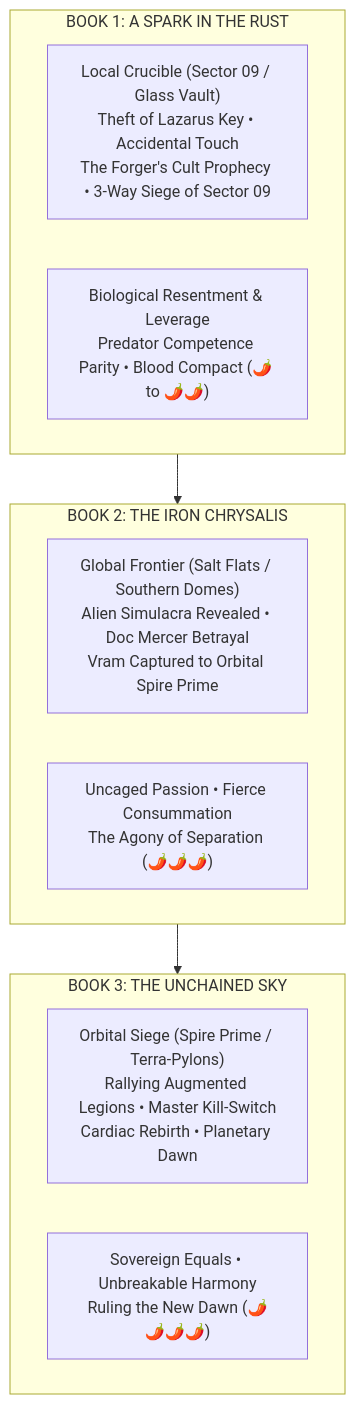
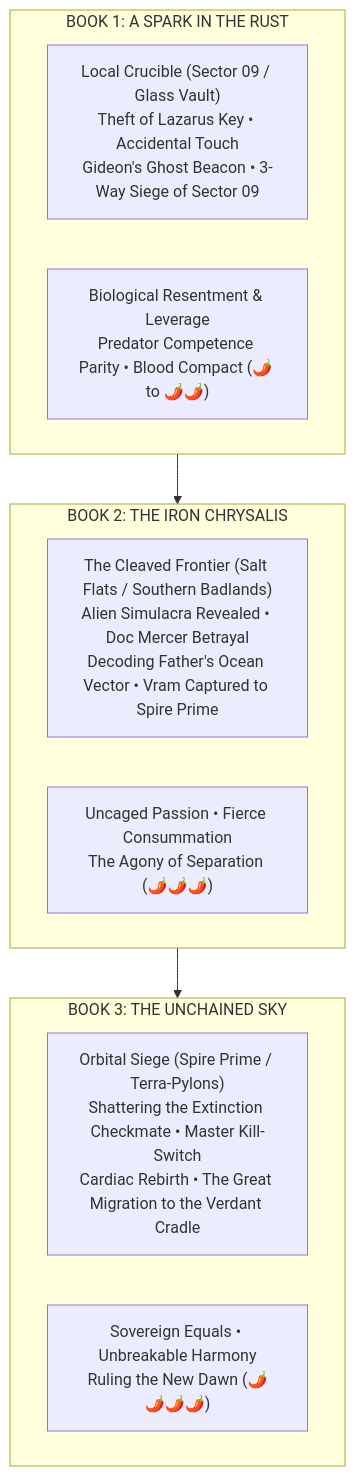
The diagram in 05_plot/trilogy_overview.md (ajuandiego/arkun), drawn with Mermaid before and after one commit. The commit also changed other lines of this file and 25 other files, not shown here.

````diff
--- a/05_plot/trilogy_overview.md
+++ b/05_plot/trilogy_overview.md
@@ -17,19 +17,19 @@
 ```mermaid
 graph TD
     subgraph B1 ["BOOK 1: A SPARK IN THE RUST"]
-        B1_Plot["Local Crucible (Sector 09 / Glass Vault)<br/>Theft of Lazarus Key • Accidental Touch<br/>The Forger's Cult Prophecy • 3-Way Siege of Sector 09"]
+        B1_Plot["Local Crucible (Sector 09 / Glass Vault)<br/>Theft of Lazarus Key • Accidental Touch<br/>Gideon's Ghost Beacon • 3-Way Siege of Sector 09"]
         B1_Romance["Biological Resentment & Leverage<br/>Predator Competence Parity • Blood Compact (🌶️ to 🌶️🌶️)"]
     end
 
     subgraph B2 ["BOOK 2: THE IRON CHRYSALIS"]
-        B2_Plot["Global Frontier (Salt Flats / Southern Domes)<br/>Alien Simulacra Revealed • Doc Mercer Betrayal<br/>Vram Captured to Orbital Spire Prime"]
+        B2_Plot["The Cleaved Frontier (Salt Flats / Southern Badlands)<br/>Alien Simulacra Revealed • Doc Mercer Betrayal<br/>Decoding Father's Ocean Vector • Vram Captured to Spire Prime"]
         B2_Romance["Uncaged Passion • Fierce Consummation<br/>The Agony of Separation (🌶️🌶️🌶️)"]
     end
 
     subgraph B3 ["BOOK 3: THE UNCHAINED SKY"]
-        B3_Plot["Orbital Siege (Spire Prime / Terra-Pylons)<br/>Rallying Augmented Legions • Master Kill-Switch<br/>Cardiac Rebirth • Planetary Dawn"]
+        B3_Plot["Orbital Siege (Spire Prime / Terra-Pylons)<br/>Shattering the Extinction Checkmate • Master Kill-Switch<br/>Cardiac Rebirth • The Great Migration to the Verdant Cradle"]
         B3_Romance["Sovereign Equals • Unbreakable Harmony<br/>Ruling the New Dawn (🌶️🌶️🌶️🌶️)"]
     end
 
     B1 --> B2 --> B3
 ```
````
